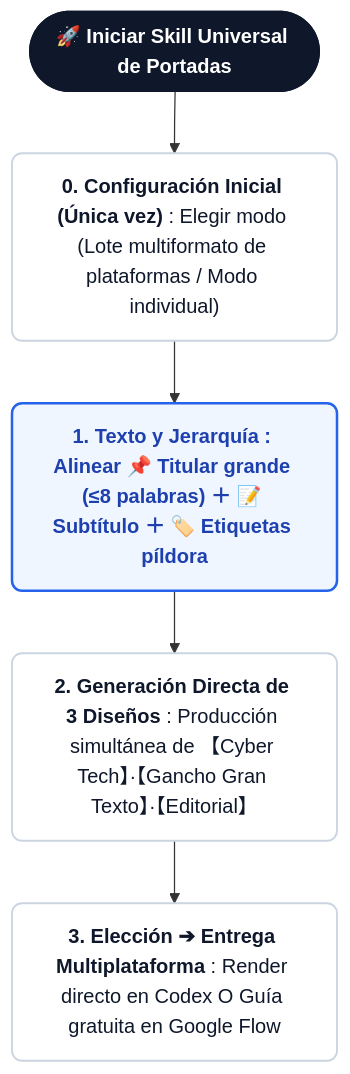
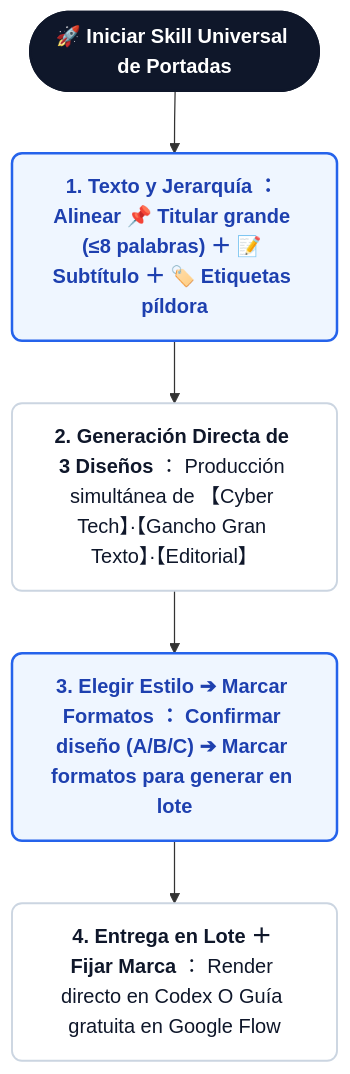
The first of 2 diagrams in README.es.md (kaomei/cover-studio), drawn with Mermaid before and after one commit. The commit also changed other lines of this file and 7 other files, not shown here.

Commit message:
fix(flow): adjust interaction pipeline to naturally present 3 styles first, then select platforms for multi-ratio batch export

````diff
--- a/README.es.md
+++ b/README.es.md
@@ -58,13 +57,13 @@
 ```mermaid
 flowchart TD
     classDef default fill:#ffffff,stroke:#e2e8f0,stroke-width:1.5px,color:#1e293b,rx:8px,ry:8px;
     classDef startNode fill:#0f172a,stroke:#0f172a,stroke-width:2px,color:#ffffff,font-weight:bold,rx:20px,ry:20px;
     classDef stepNode fill:#ffffff,stroke:#cbd5e1,stroke-width:1.5px,color:#0f172a,rx:8px,ry:8px;
     classDef highlightNode fill:#eff6ff,stroke:#2563eb,stroke-width:2px,color:#1e40af,font-weight:bold,rx:8px,ry:8px;
 
     A0(["🚀 Iniciar Skill Universal de Portadas"]):::startNode
-    --> A1["<b>0. Configuración Inicial (Única vez)</b> : Elegir modo (Lote multiformato de plataformas / Modo individual)"]:::stepNode
-    --> A2["<b>1. Texto y Jerarquía</b> : Alinear 📌 Titular grande (≤8 palabras) ＋ 📝 Subtítulo ＋ 🏷️ Etiquetas píldora"]:::highlightNode
-    --> A3["<b>2. Generación Directa de 3 Diseños</b> : Producción simultánea de 【Cyber Tech】·【Gancho Gran Texto】·【Editorial】"]:::stepNode
-    --> A4["<b>3. Elección ➔ Entrega Multiplataforma</b> : Render directo en Codex O Guía gratuita en Google Flow"]:::stepNode
+    --> A1["<b>1. Texto y Jerarquía</b> ： Alinear 📌 Titular grande (≤8 palabras) ＋ 📝 Subtítulo ＋ 🏷️ Etiquetas píldora"]:::highlightNode
+    --> A2["<b>2. Generación Directa de 3 Diseños</b> ： Producción simultánea de 【Cyber Tech】·【Gancho Gran Texto】·【Editorial】"]:::stepNode
+    --> A3["<b>3. Elegir Estilo ➔ Marcar Formatos</b> ： Confirmar diseño (A/B/C) ➔ Marcar formatos para generar en lote"]:::highlightNode
+    --> A4["<b>4. Entrega en Lote ＋ Fijar Marca</b> ： Render directo en Codex O Guía gratuita en Google Flow"]:::stepNode
 ```
````
